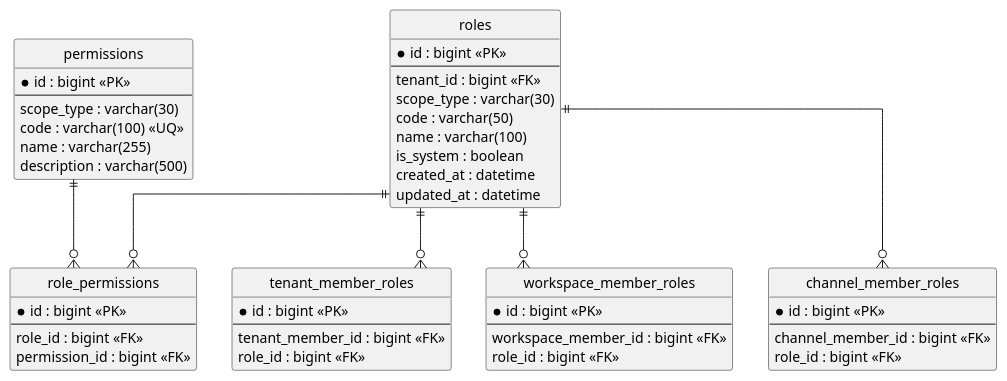
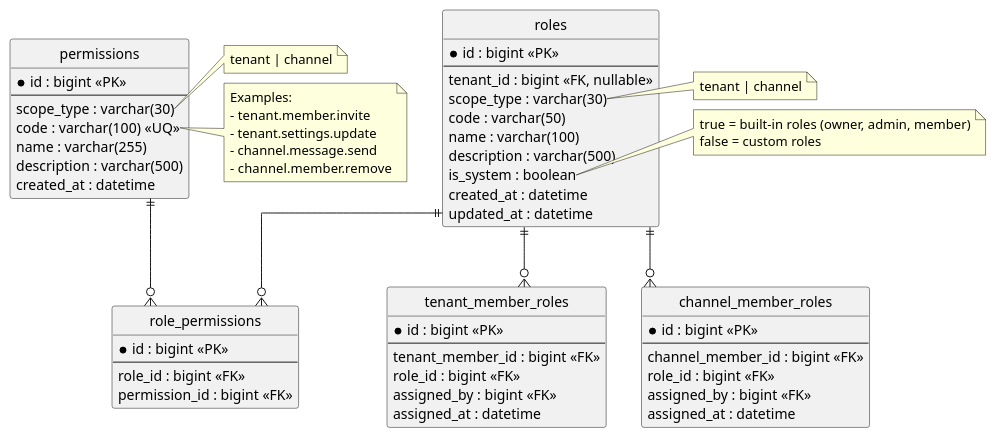
One commit to NFMU/app-design changed the diagram in phase1/database/06_rbac.puml. Above: the diagram before and after it, drawn with PlantUML. The commit also changed 9 other files, not shown here.

First line of the commit message:
Refactor database schema for simplified design and improved consistency

```diff
--- a/phase1/database/06_rbac.puml
+++ b/phase1/database/06_rbac.puml
@@ -1,60 +1,79 @@
 @startuml
 hide circle
 skinparam linetype ortho
 
 entity roles {
   * id : bigint <<PK>>
   --
-  tenant_id : bigint <<FK>>
+  tenant_id : bigint <<FK, nullable>>
   scope_type : varchar(30)
   code : varchar(50)
   name : varchar(100)
+  description : varchar(500)
   is_system : boolean
   created_at : datetime
   updated_at : datetime
 }
+
+note right of roles::scope_type
+  tenant | channel
+end note
+
+note right of roles::is_system
+  true = built-in roles (owner, admin, member)
+  false = custom roles
+end note
 
 entity permissions {
   * id : bigint <<PK>>
   --
   scope_type : varchar(30)
   code : varchar(100) <<UQ>>
   name : varchar(255)
   description : varchar(500)
+  created_at : datetime
 }
+
+note right of permissions::scope_type
+  tenant | channel
+end note
+
+note right of permissions::code
+  Examples:
+  - tenant.member.invite
+  - tenant.settings.update
+  - channel.message.send
+  - channel.member.remove
+end note
 
 entity role_permissions {
   * id : bigint <<PK>>
   --
   role_id : bigint <<FK>>
   permission_id : bigint <<FK>>
 }
 
 entity tenant_member_roles {
   * id : bigint <<PK>>
   --
   tenant_member_id : bigint <<FK>>
   role_id : bigint <<FK>>
-}
-
-entity workspace_member_roles {
-  * id : bigint <<PK>>
-  --
-  workspace_member_id : bigint <<FK>>
-  role_id : bigint <<FK>>
+  assigned_by : bigint <<FK>>
+  assigned_at : datetime
 }
 
 entity channel_member_roles {
   * id : bigint <<PK>>
   --
   channel_member_id : bigint <<FK>>
   role_id : bigint <<FK>>
+  assigned_by : bigint <<FK>>
+  assigned_at : datetime
 }
 
 roles ||--o{ role_permissions
 permissions ||--o{ role_permissions
 
 roles ||--o{ tenant_member_roles
-roles ||--o{ workspace_member_roles
 roles ||--o{ channel_member_roles
 @enduml
```
